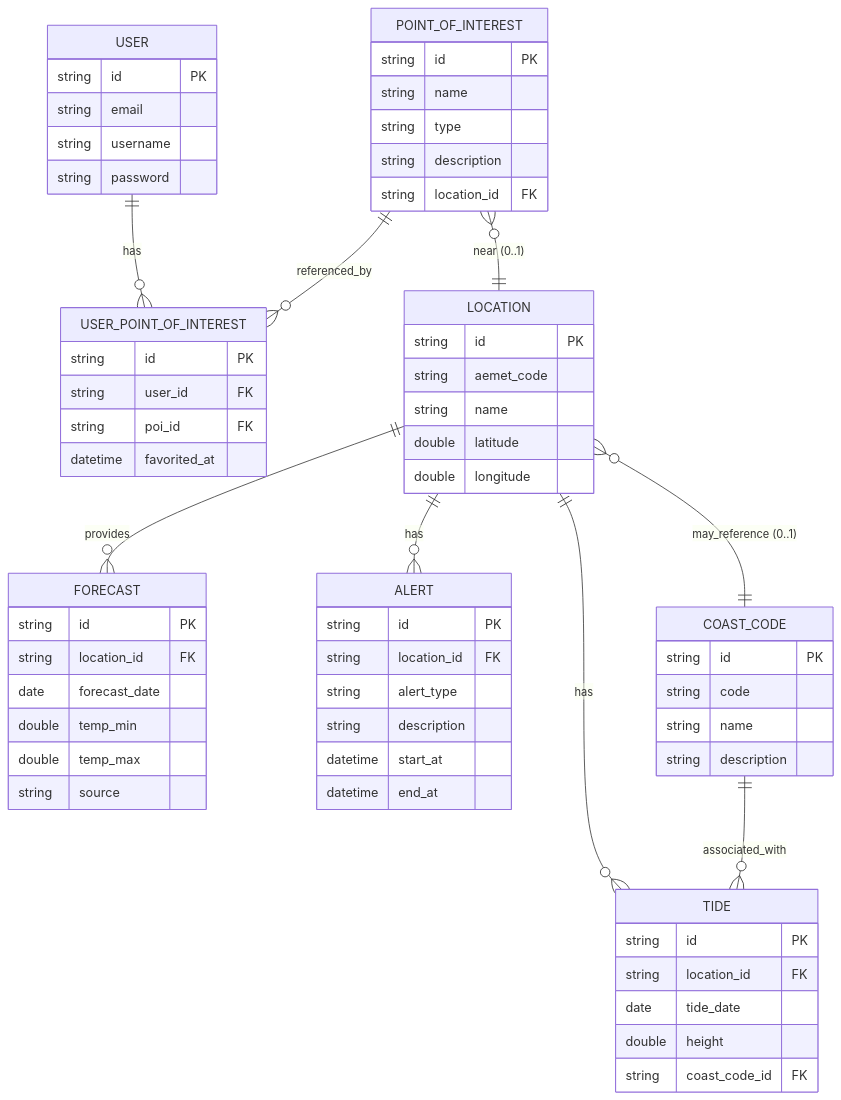
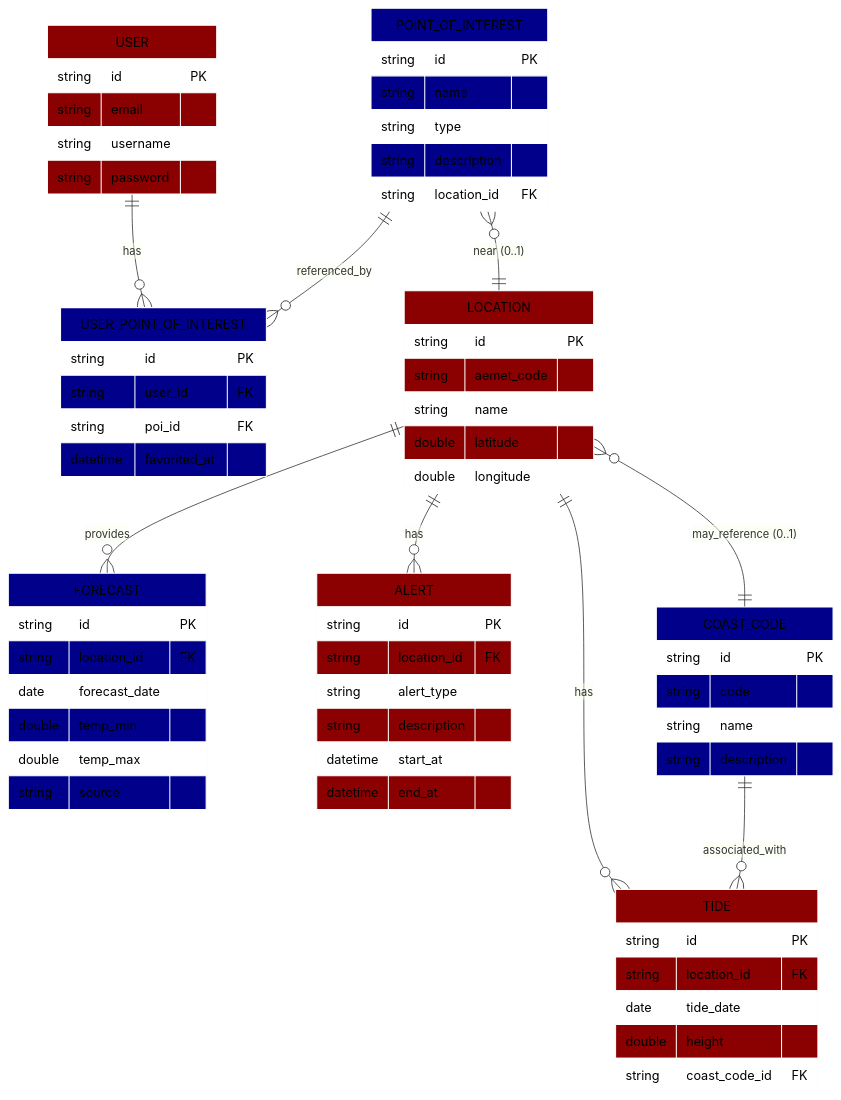
One commit to aangelo21/canary-weather changed the third of 3 diagrams in docs/diagrams.md. Above: the diagram before and after it, drawn with Mermaid. The commit also changed other lines of this file, not shown here.

Commit message:
refactor: Update class diagram in diagrams.md to improve clarity and structure

````diff
--- a/docs/diagrams.md
+++ b/docs/diagrams.md
@@ -223,4 +219,14 @@
 
     COAST_CODE ||--o{ TIDE : "associated_with"
     LOCATION }o--|| COAST_CODE : "may_reference (0..1)"
+
+    %% Estilos
+    style USER fill:#8B0000,stroke:#fff,color:#000000
+    style LOCATION fill:#8B0000,stroke:#fff,color:#000000
+    style ALERT fill:#8B0000,stroke:#fff,color:#000000
+    style TIDE fill:#8B0000,stroke:#fff,color:#000000
+    style POINT_OF_INTEREST fill:#00008B,stroke:#fff,color:#000000
+    style USER_POINT_OF_INTEREST fill:#00008B,stroke:#fff,color:#000000
+    style FORECAST fill:#00008B,stroke:#fff,color:#000000
+    style COAST_CODE fill:#00008B,stroke:#fff,color:#000000
 ```
````
